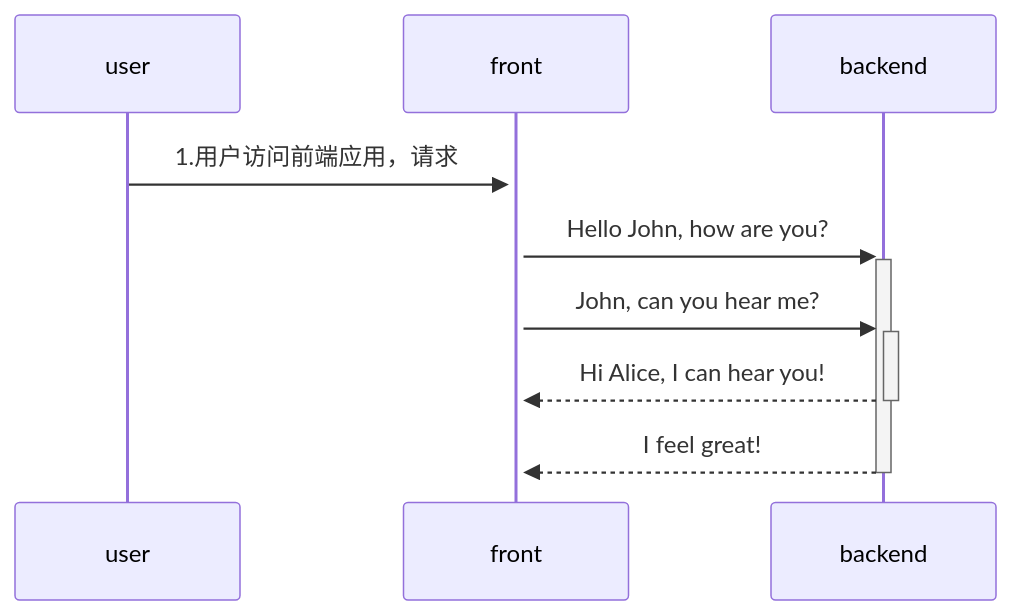
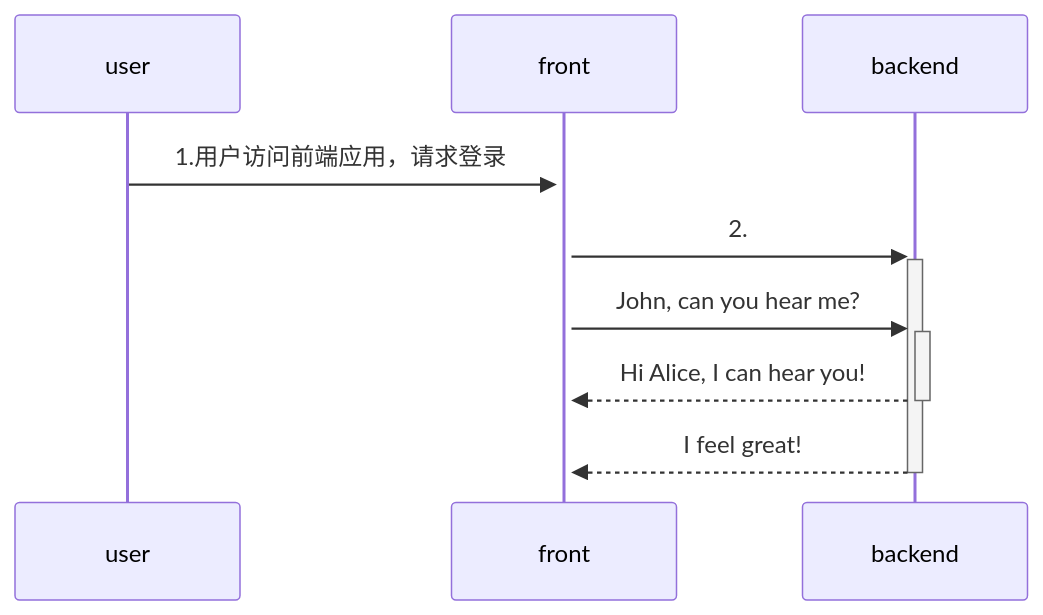
The diagram in all/未命名-4.md (yingjianzh/iodraw-files), drawn with Mermaid before and after one commit.

Commit message:
2024-08-02 17:34:48 update

````diff
--- a/all/未命名-4.md
+++ b/all/未命名-4.md
@@ -1,9 +1,9 @@
 ```mermaid
 sequenceDiagram
-    user->>+front: 1.用户访问前端应用，请求
-    front->>+backend: Hello John, how are you?
+    user->>+front: 1.用户访问前端应用，请求登录
+    front->>+backend: 2.
     front->>+backend: John, can you hear me?
     backend-->>-front: Hi Alice, I can hear you!
     backend-->>-front: I feel great!
             
 ```
````
